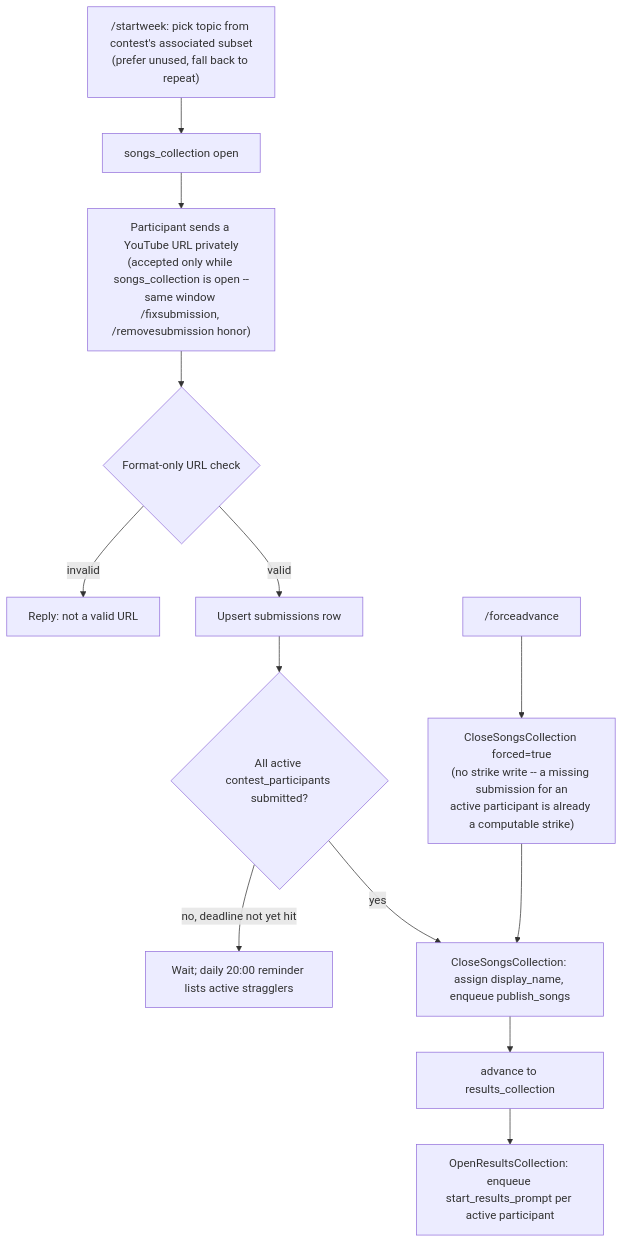
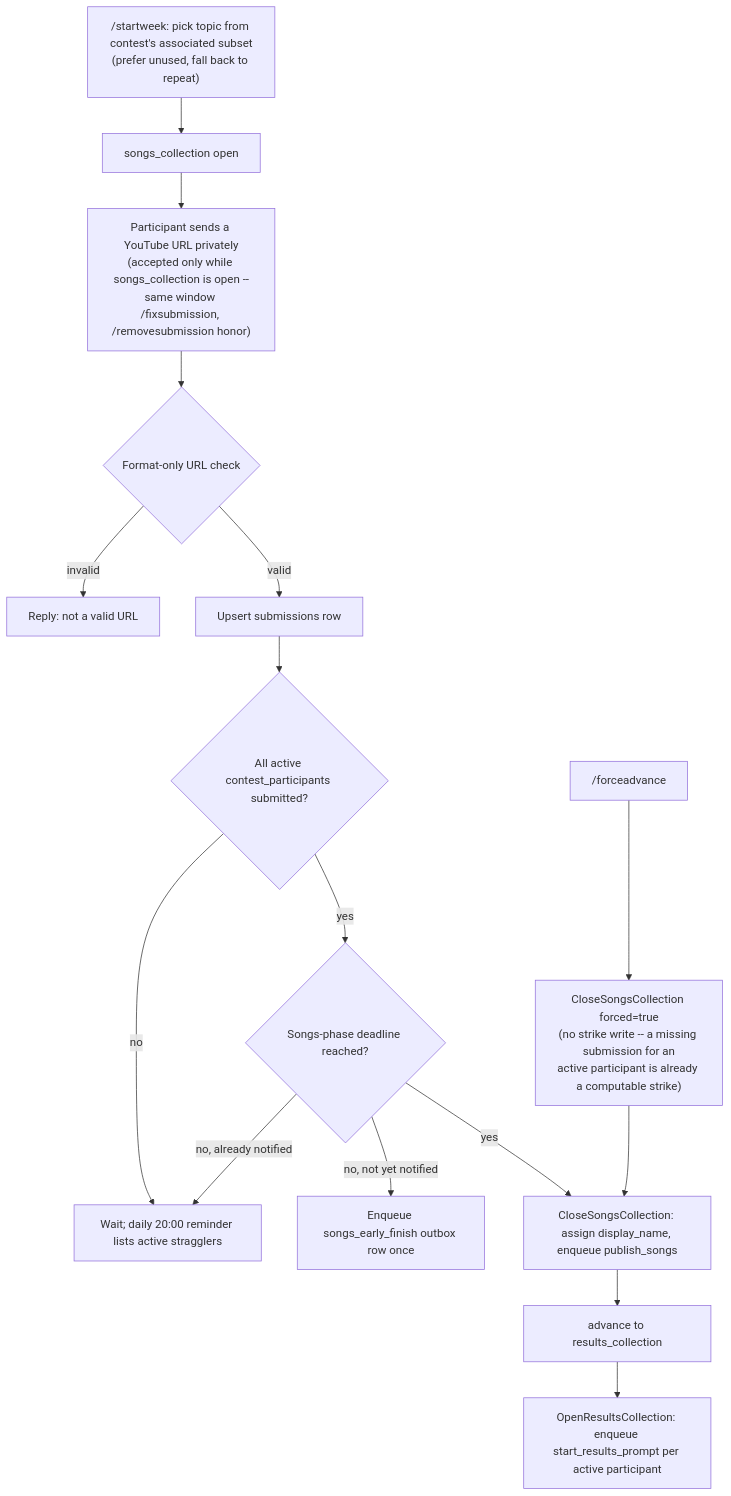
The third of 4 diagrams in docs/flows.md (cristianat98/Music-Contest-Telegram), drawn with Mermaid before and after one commit. The commit also changed other lines of this file and 1 other file, not shown here.

First line of the commit message:
docs: sync flows and uml with phase-deadline gating

````diff
--- a/docs/flows.md
+++ b/docs/flows.md
@@ -50,15 +63,18 @@
 ```mermaid
 flowchart TB
   Start["/startweek: pick topic from contest's associated subset\n(prefer unused, fall back to repeat)"] --> Open[songs_collection open]
   Open --> Submit["Participant sends a YouTube URL privately\n(accepted only while songs_collection is open --\nsame window /fixsubmission, /removesubmission honor)"]
   Submit --> Validate{Format-only URL check}
   Validate -->|invalid| Reject[Reply: not a valid URL]
   Validate -->|valid| Store[Upsert submissions row]
   Store --> CheckComplete{All active contest_participants submitted?}
-  CheckComplete -->|no, deadline not yet hit| Wait[Wait; daily 20:00 reminder lists active stragglers]
-  CheckComplete -->|yes| Close[CloseSongsCollection: assign display_name, enqueue publish_songs]
+  CheckComplete -->|no| Wait[Wait; daily 20:00 reminder lists active stragglers]
+  CheckComplete -->|yes| DeadlineCheck{Songs-phase deadline reached?}
+  DeadlineCheck -->|no, not yet notified| EarlyNotice[Enqueue songs_early_finish outbox row once]
+  DeadlineCheck -->|no, already notified| Wait
+  DeadlineCheck -->|yes| Close[CloseSongsCollection: assign display_name, enqueue publish_songs]
   Admin["/forceadvance"] --> ForceClose["CloseSongsCollection forced=true\n(no strike write -- a missing submission for an\nactive participant is already a computable strike)"]
   ForceClose --> Close
   Close --> Transition[advance to results_collection]
   Transition --> OpenResults[OpenResultsCollection: enqueue start_results_prompt per active participant]
 ```
````
